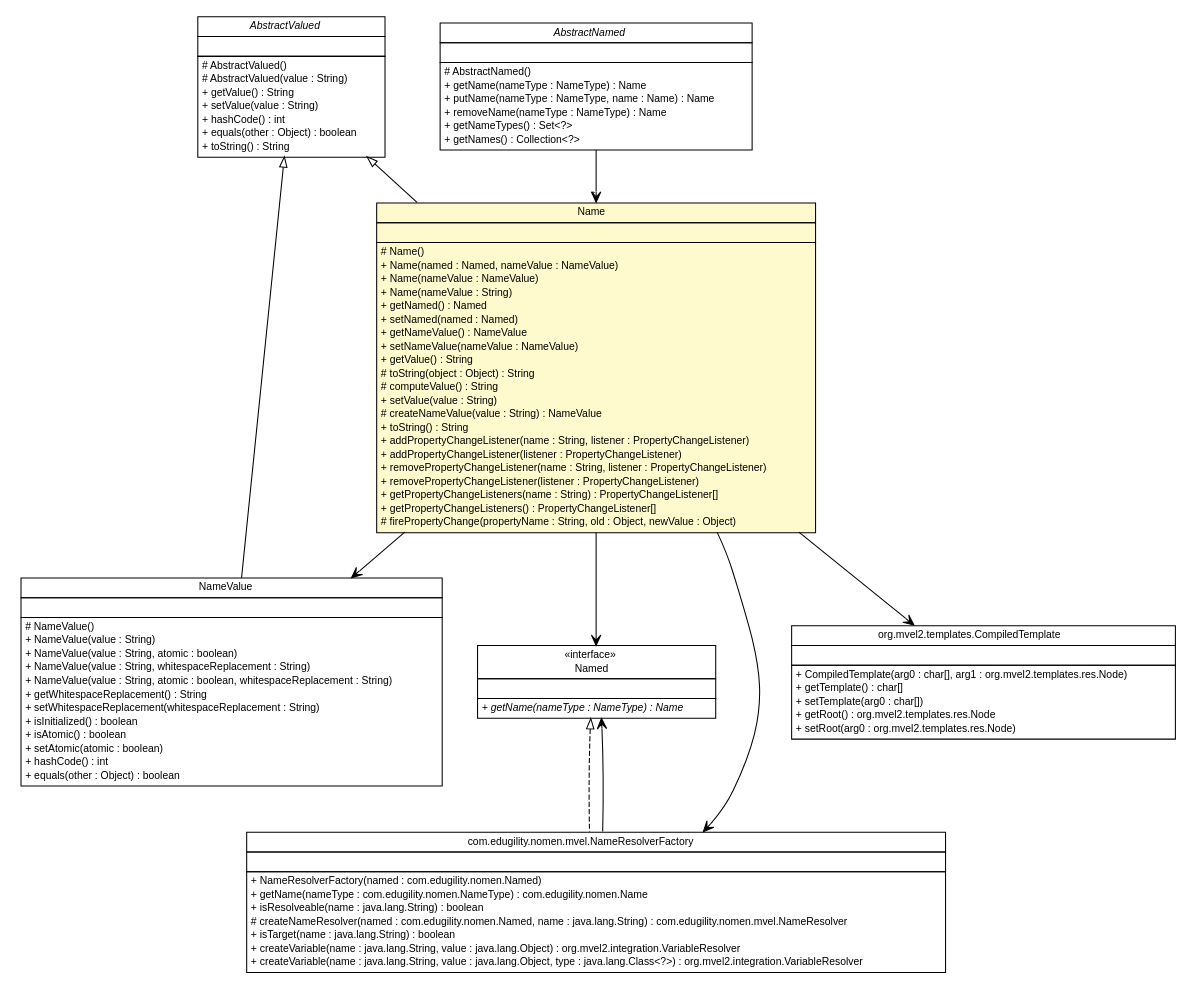
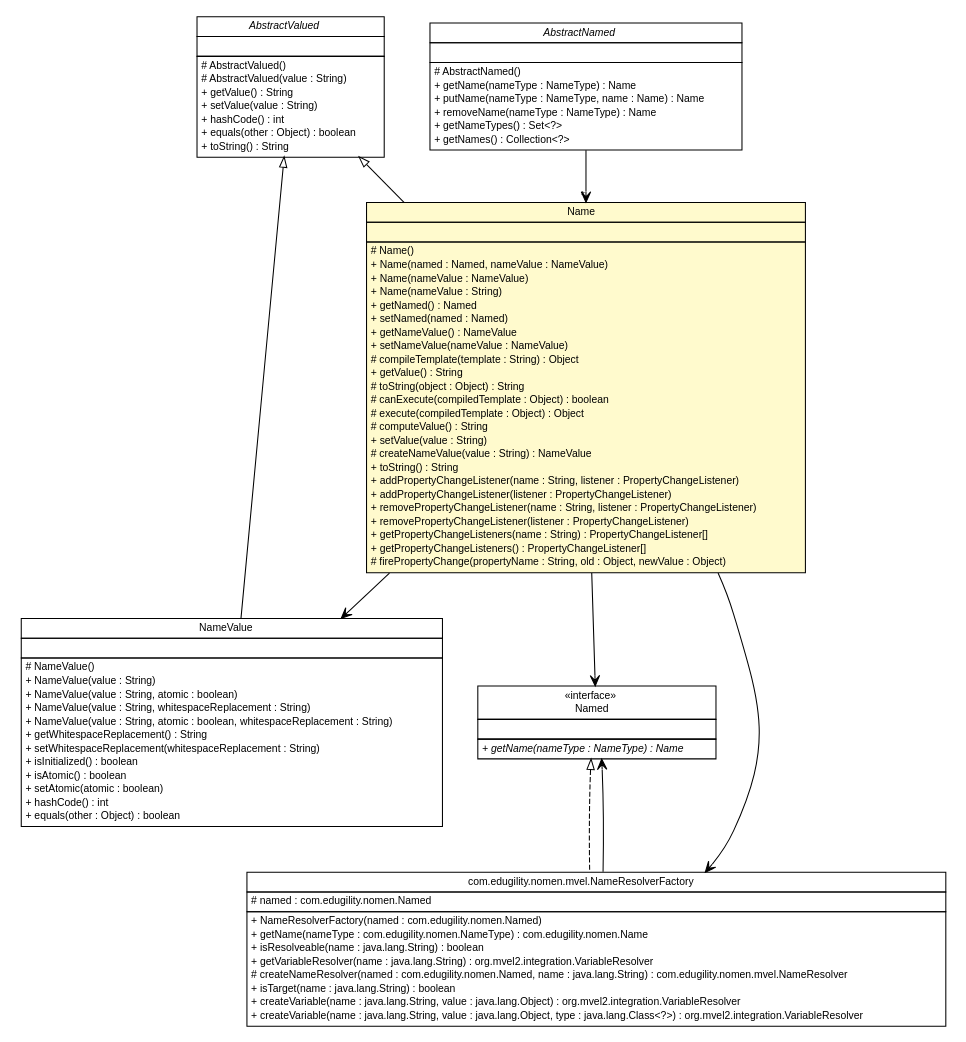
The diagram in apidocs/com/edugility/nomen/Name.dot (ljnelson/nomen), drawn with Graphviz before and after one commit. The commit also changed 127 other files, not shown here.

```diff
--- a/apidocs/com/edugility/nomen/Name.dot
+++ b/apidocs/com/edugility/nomen/Name.dot
@@ -10,7 +10,7 @@
 	nodesep=0.25;
 	ranksep=0.5;
 	// com.edugility.nomen.NameValue
-	c83 [label=<<table title="com.edugility.nomen.NameValue" border="0" cellborder="1" cellspacing="0" cellpadding="2" port="p" href="./NameValue.html">
+	c82 [label=<<table title="com.edugility.nomen.NameValue" border="0" cellborder="1" cellspacing="0" cellpadding="2" port="p" href="./NameValue.html">
 		<tr><td><table border="0" cellspacing="0" cellpadding="1">
 <tr><td align="center" balign="center"> NameValue </td></tr>
 		</table></td></tr>
@@ -33,7 +33,7 @@
 		</table></td></tr>
 		</table>>, URL="./NameValue.html", fontname="Helvetica", fontcolor="black", fontsize=10.0];
 	// com.edugility.nomen.Named
-	c87 [label=<<table title="com.edugility.nomen.Named" border="0" cellborder="1" cellspacing="0" cellpadding="2" port="p" href="./Named.html">
+	c86 [label=<<table title="com.edugility.nomen.Named" border="0" cellborder="1" cellspacing="0" cellpadding="2" port="p" href="./Named.html">
 		<tr><td><table border="0" cellspacing="0" cellpadding="1">
 <tr><td align="center" balign="center"> &#171;interface&#187; </td></tr>
 <tr><td align="center" balign="center"> Named </td></tr>
@@ -46,7 +46,7 @@
 		</table></td></tr>
 		</table>>, URL="./Named.html", fontname="Helvetica", fontcolor="black", fontsize=10.0];
 	// com.edugility.nomen.Name
-	c88 [label=<<table title="com.edugility.nomen.Name" border="0" cellborder="1" cellspacing="0" cellpadding="2" port="p" bgcolor="lemonChiffon" href="./Name.html">
+	c87 [label=<<table title="com.edugility.nomen.Name" border="0" cellborder="1" cellspacing="0" cellpadding="2" port="p" bgcolor="lemonChiffon" href="./Name.html">
 		<tr><td><table border="0" cellspacing="0" cellpadding="1">
 <tr><td align="center" balign="center"> Name </td></tr>
 		</table></td></tr>
@@ -62,8 +62,11 @@
 <tr><td align="left" balign="left"> + setNamed(named : Named) </td></tr>
 <tr><td align="left" balign="left"> + getNameValue() : NameValue </td></tr>
 <tr><td align="left" balign="left"> + setNameValue(nameValue : NameValue) </td></tr>
+<tr><td align="left" balign="left"> # compileTemplate(template : String) : Object </td></tr>
 <tr><td align="left" balign="left"> + getValue() : String </td></tr>
 <tr><td align="left" balign="left"> # toString(object : Object) : String </td></tr>
+<tr><td align="left" balign="left"> # canExecute(compiledTemplate : Object) : boolean </td></tr>
+<tr><td align="left" balign="left"> # execute(compiledTemplate : Object) : Object </td></tr>
 <tr><td align="left" balign="left"> # computeValue() : String </td></tr>
 <tr><td align="left" balign="left"> + setValue(value : String) </td></tr>
 <tr><td align="left" balign="left"> # createNameValue(value : String) : NameValue </td></tr>
@@ -78,7 +81,7 @@
 		</table></td></tr>
 		</table>>, URL="./Name.html", fontname="Helvetica", fontcolor="black", fontsize=10.0];
 	// com.edugility.nomen.AbstractValued
-	c90 [label=<<table title="com.edugility.nomen.AbstractValued" border="0" cellborder="1" cellspacing="0" cellpadding="2" port="p" href="./AbstractValued.html">
+	c89 [label=<<table title="com.edugility.nomen.AbstractValued" border="0" cellborder="1" cellspacing="0" cellpadding="2" port="p" href="./AbstractValued.html">
 		<tr><td><table border="0" cellspacing="0" cellpadding="1">
 <tr><td align="center" balign="center"><font face="Helvetica-Oblique"> AbstractValued </font></td></tr>
 		</table></td></tr>
@@ -96,7 +99,7 @@
 		</table></td></tr>
 		</table>>, URL="./AbstractValued.html", fontname="Helvetica", fontcolor="black", fontsize=10.0];
 	// com.edugility.nomen.AbstractNamed
-	c91 [label=<<table title="com.edugility.nomen.AbstractNamed" border="0" cellborder="1" cellspacing="0" cellpadding="2" port="p" href="./AbstractNamed.html">
+	c90 [label=<<table title="com.edugility.nomen.AbstractNamed" border="0" cellborder="1" cellspacing="0" cellpadding="2" port="p" href="./AbstractNamed.html">
 		<tr><td><table border="0" cellspacing="0" cellpadding="1">
 <tr><td align="center" balign="center"><font face="Helvetica-Oblique"> AbstractNamed </font></td></tr>
 		</table></td></tr>
@@ -113,17 +116,18 @@
 		</table></td></tr>
 		</table>>, URL="./AbstractNamed.html", fontname="Helvetica", fontcolor="black", fontsize=10.0];
 	// com.edugility.nomen.mvel.NameResolverFactory
-	c92 [label=<<table title="com.edugility.nomen.mvel.NameResolverFactory" border="0" cellborder="1" cellspacing="0" cellpadding="2" port="p" href="./mvel/NameResolverFactory.html">
+	c91 [label=<<table title="com.edugility.nomen.mvel.NameResolverFactory" border="0" cellborder="1" cellspacing="0" cellpadding="2" port="p" href="./mvel/NameResolverFactory.html">
 		<tr><td><table border="0" cellspacing="0" cellpadding="1">
 <tr><td align="center" balign="center"> com.edugility.nomen.mvel.NameResolverFactory </td></tr>
 		</table></td></tr>
 		<tr><td><table border="0" cellspacing="0" cellpadding="1">
-<tr><td align="left" balign="left">  </td></tr>
+<tr><td align="left" balign="left"> # named : com.edugility.nomen.Named </td></tr>
 		</table></td></tr>
 		<tr><td><table border="0" cellspacing="0" cellpadding="1">
 <tr><td align="left" balign="left"> + NameResolverFactory(named : com.edugility.nomen.Named) </td></tr>
 <tr><td align="left" balign="left"> + getName(nameType : com.edugility.nomen.NameType) : com.edugility.nomen.Name </td></tr>
 <tr><td align="left" balign="left"> + isResolveable(name : java.lang.String) : boolean </td></tr>
+<tr><td align="left" balign="left"> + getVariableResolver(name : java.lang.String) : org.mvel2.integration.VariableResolver </td></tr>
 <tr><td align="left" balign="left"> # createNameResolver(named : com.edugility.nomen.Named, name : java.lang.String) : com.edugility.nomen.mvel.NameResolver </td></tr>
 <tr><td align="left" balign="left"> + isTarget(name : java.lang.String) : boolean </td></tr>
 <tr><td align="left" balign="left"> + createVariable(name : java.lang.String, value : java.lang.Object) : org.mvel2.integration.VariableResolver </td></tr>
@@ -131,37 +135,19 @@
 		</table></td></tr>
 		</table>>, URL="./mvel/NameResolverFactory.html", fontname="Helvetica", fontcolor="black", fontsize=10.0];
 	//com.edugility.nomen.NameValue extends com.edugility.nomen.AbstractValued
-	c90:p -> c83:p [dir=back,arrowtail=empty];
+	c89:p -> c82:p [dir=back,arrowtail=empty];
 	//com.edugility.nomen.Name extends com.edugility.nomen.AbstractValued
-	c90:p -> c88:p [dir=back,arrowtail=empty];
+	c89:p -> c87:p [dir=back,arrowtail=empty];
 	//com.edugility.nomen.mvel.NameResolverFactory implements com.edugility.nomen.Named
-	c87:p -> c92:p [dir=back,arrowtail=empty,style=dashed];
+	c86:p -> c91:p [dir=back,arrowtail=empty,style=dashed];
 	// com.edugility.nomen.Name NAVASSOC com.edugility.nomen.Named
-	c88:p -> c87:p [taillabel="", label="", headlabel="", fontname="Helvetica", fontcolor="black", fontsize=10.0, color="black", arrowhead=open];
+	c87:p -> c86:p [taillabel="", label="", headlabel="", fontname="Helvetica", fontcolor="black", fontsize=10.0, color="black", arrowhead=open];
 	// com.edugility.nomen.Name NAVASSOC com.edugility.nomen.NameValue
-	c88:p -> c83:p [taillabel="", label="", headlabel="", fontname="Helvetica", fontcolor="black", fontsize=10.0, color="black", arrowhead=open];
+	c87:p -> c82:p [taillabel="", label="", headlabel="", fontname="Helvetica", fontcolor="black", fontsize=10.0, color="black", arrowhead=open];
 	// com.edugility.nomen.Name NAVASSOC com.edugility.nomen.mvel.NameResolverFactory
-	c88:p -> c92:p [taillabel="", label="", headlabel="", fontname="Helvetica", fontcolor="black", fontsize=10.0, color="black", arrowhead=open];
-	// com.edugility.nomen.Name NAVASSOC org.mvel2.templates.CompiledTemplate
-	c88:p -> c95:p [taillabel="", label="", headlabel="", fontname="Helvetica", fontcolor="black", fontsize=10.0, color="black", arrowhead=open];
+	c87:p -> c91:p [taillabel="", label="", headlabel="", fontname="Helvetica", fontcolor="black", fontsize=10.0, color="black", arrowhead=open];
 	// com.edugility.nomen.AbstractNamed NAVASSOC com.edugility.nomen.Name
-	c91:p -> c88:p [taillabel="", label="", headlabel="*", fontname="Helvetica", fontcolor="black", fontsize=10.0, color="black", arrowhead=open];
+	c90:p -> c87:p [taillabel="", label="", headlabel="*", fontname="Helvetica", fontcolor="black", fontsize=10.0, color="black", arrowhead=open];
 	// com.edugility.nomen.mvel.NameResolverFactory NAVASSOC com.edugility.nomen.Named
-	c92:p -> c87:p [taillabel="", label="", headlabel="", fontname="Helvetica", fontcolor="black", fontsize=10.0, color="black", arrowhead=open];
-	// org.mvel2.templates.CompiledTemplate
-	c95 [label=<<table title="org.mvel2.templates.CompiledTemplate" border="0" cellborder="1" cellspacing="0" cellpadding="2" port="p" href="http://java.sun.com/j2se/1.4.2/docs/api/org/mvel2/templates/CompiledTemplate.html">
-		<tr><td><table border="0" cellspacing="0" cellpadding="1">
-<tr><td align="center" balign="center"> org.mvel2.templates.CompiledTemplate </td></tr>
-		</table></td></tr>
-		<tr><td><table border="0" cellspacing="0" cellpadding="1">
-<tr><td align="left" balign="left">  </td></tr>
-		</table></td></tr>
-		<tr><td><table border="0" cellspacing="0" cellpadding="1">
-<tr><td align="left" balign="left"> + CompiledTemplate(arg0 : char[], arg1 : org.mvel2.templates.res.Node) </td></tr>
-<tr><td align="left" balign="left"> + getTemplate() : char[] </td></tr>
-<tr><td align="left" balign="left"> + setTemplate(arg0 : char[]) </td></tr>
-<tr><td align="left" balign="left"> + getRoot() : org.mvel2.templates.res.Node </td></tr>
-<tr><td align="left" balign="left"> + setRoot(arg0 : org.mvel2.templates.res.Node) </td></tr>
-		</table></td></tr>
-		</table>>, URL="http://java.sun.com/j2se/1.4.2/docs/api/org/mvel2/templates/CompiledTemplate.html", fontname="Helvetica", fontcolor="black", fontsize=10.0];
+	c91:p -> c86:p [taillabel="", label="", headlabel="", fontname="Helvetica", fontcolor="black", fontsize=10.0, color="black", arrowhead=open];
 }
```
